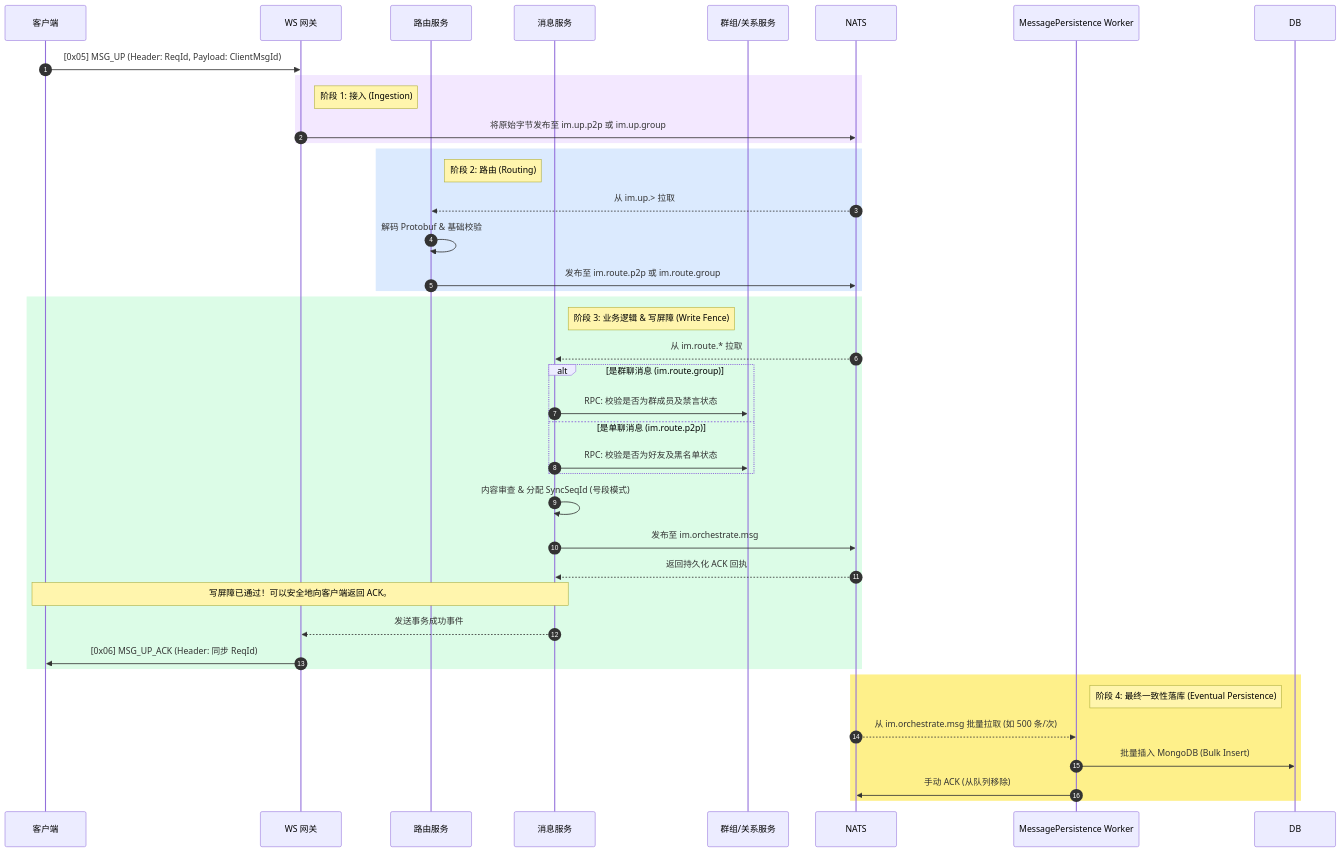
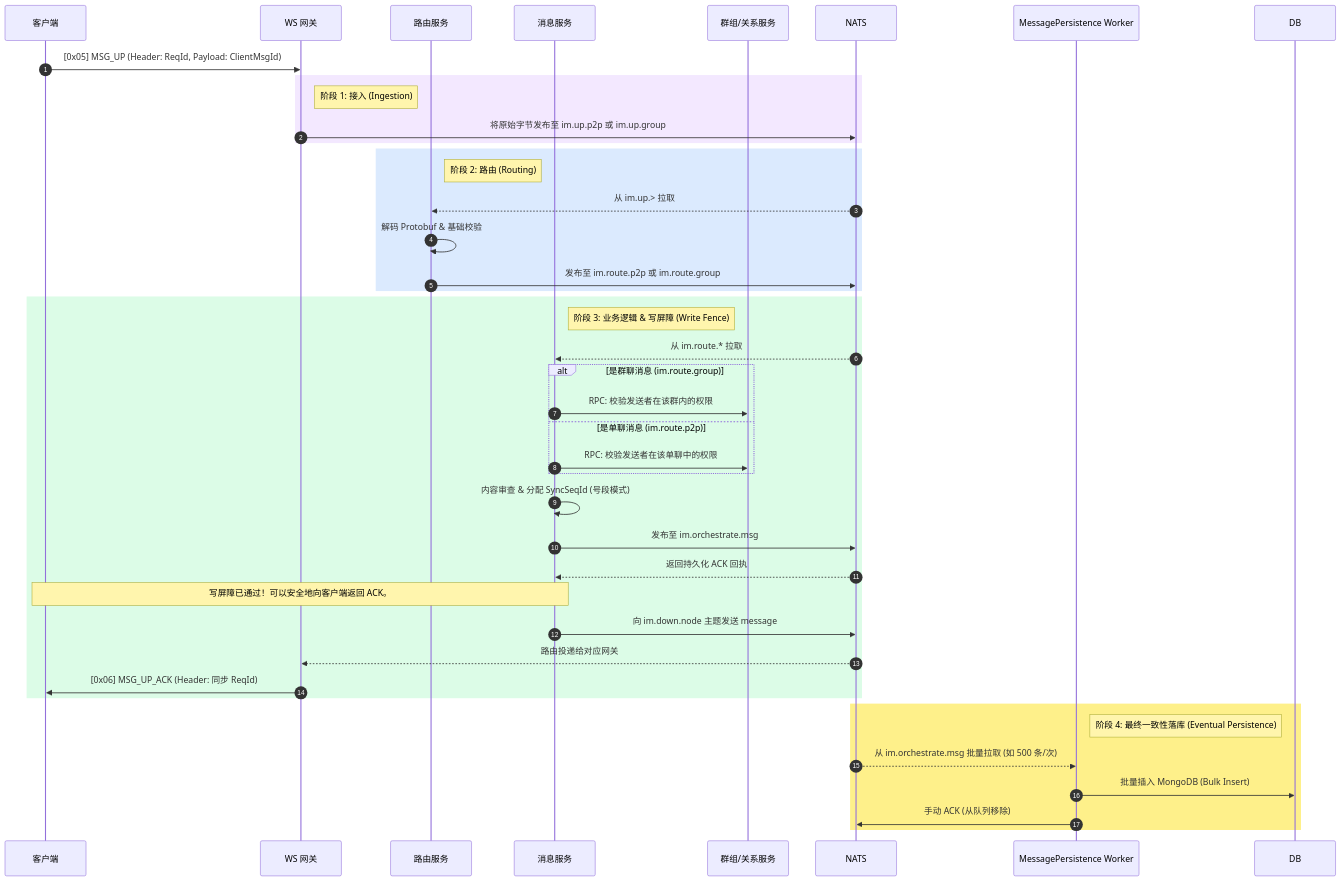
Before and after one commit to JamesWilson19970101/ocean.chat.docs: the diagram in i18n/zh-CN/docusaurus-plugin-content-docs/current/devdocs/Bussiness Logic/Message sending and database storage.md, drawn with Mermaid. The commit also changed other lines of this file and 72 other files, not shown here.

First line of the commit message:
ref(docs): reorganize devdocs and update architecture decision records

````diff
--- a/i18n/zh-CN/docusaurus-plugin-content-docs/current/devdocs/Bussiness Logic/Message sending and database storage.md
+++ b/i18n/zh-CN/docusaurus-plugin-content-docs/current/devdocs/Bussiness Logic/Message sending and database storage.md
@@ -52,46 +52,47 @@
 ```mermaid
 sequenceDiagram
     autonumber
     participant Client as 客户端
     participant Gateway as WS 网关
     participant Router as 路由服务
     participant Message as 消息服务
     participant GroupUser as 群组/关系服务
 Client->>Gateway: [0x05] MSG_UP (Header: ReqId, Payload: ClientMsgId)
 
 rect rgb(243, 232, 255)
     note right of Gateway: 阶段 1: 接入 (Ingestion)
     Gateway->>NATS: 将原始字节发布至 im.up.p2p 或 im.up.group
 end
 
 rect rgb(219, 234, 254)
     note right of Router: 阶段 2: 路由 (Routing)
     NATS-->>Router: 从 im.up.> 拉取
     Router->>Router: 解码 Protobuf & 基础校验
     Router->>NATS: 发布至 im.route.p2p 或 im.route.group
 end
 
 rect rgb(220, 252, 231)
     note right of Message: 阶段 3: 业务逻辑 & 写屏障 (Write Fence)
     NATS-->>Message: 从 im.route.* 拉取
     alt 是群聊消息 (im.route.group)
-        Message->>GroupUser: RPC: 校验是否为群成员及禁言状态
+        Message->>GroupUser: RPC: 校验发送者在该群内的权限
     else 是单聊消息 (im.route.p2p)
-        Message->>GroupUser: RPC: 校验是否为好友及黑名单状态
+        Message->>GroupUser: RPC: 校验发送者在该单聊中的权限
     end
     Message->>Message: 内容审查 & 分配 SyncSeqId (号段模式)
     Message->>NATS: 发布至 im.orchestrate.msg
     NATS-->>Message: 返回持久化 ACK 回执
 
     note over Message, Client: 写屏障已通过！可以安全地向客户端返回 ACK。
-    Message-->>Gateway: 发送事务成功事件
+        Message->>NATS: 向 im.down.node 主题发送 message
+        NATS-->>Gateway: 路由投递给对应网关
     Gateway->>Client: [0x06] MSG_UP_ACK (Header: 同步 ReqId)
 end
 
 rect rgb(254, 240, 138)
     note right of MessagePersistence Worker: 阶段 4: 最终一致性落库 (Eventual Persistence)
     NATS-->>MessagePersistence Worker: 从 im.orchestrate.msg 批量拉取 (如 500 条/次)
     MessagePersistence Worker->>DB: 批量插入 MongoDB (Bulk Insert)
     MessagePersistence Worker->>NATS: 手动 ACK (从队列移除)
 end
 ```
````
